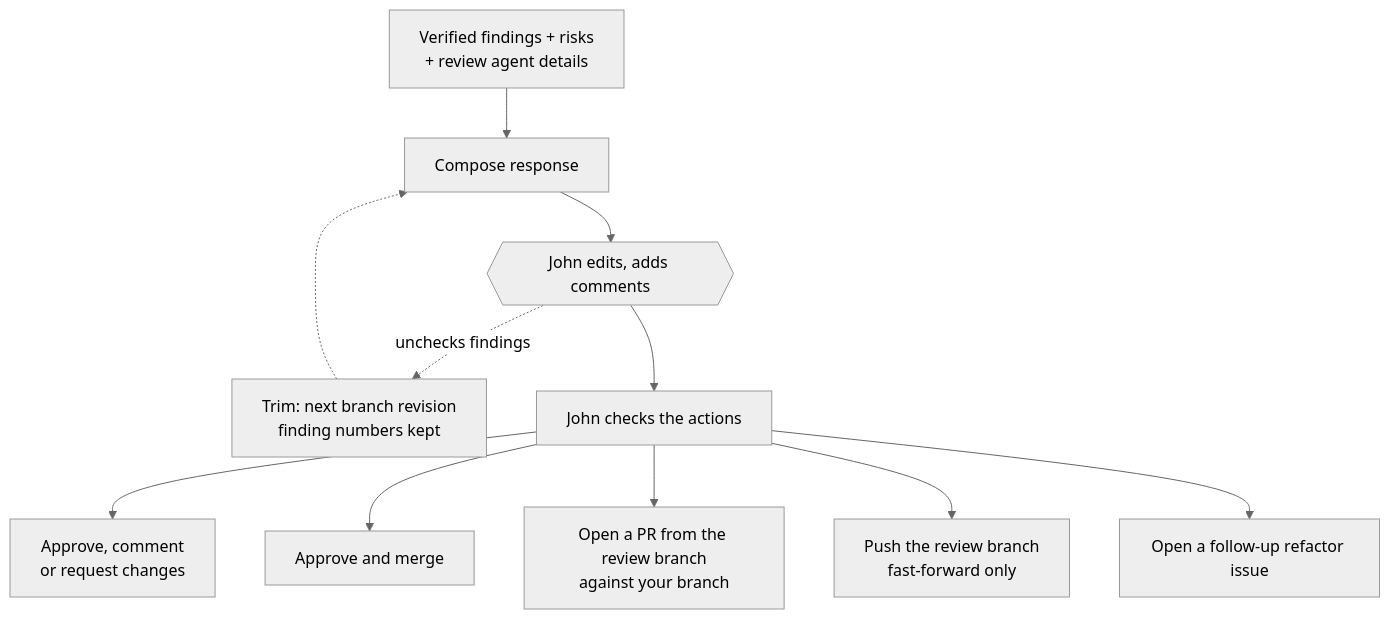
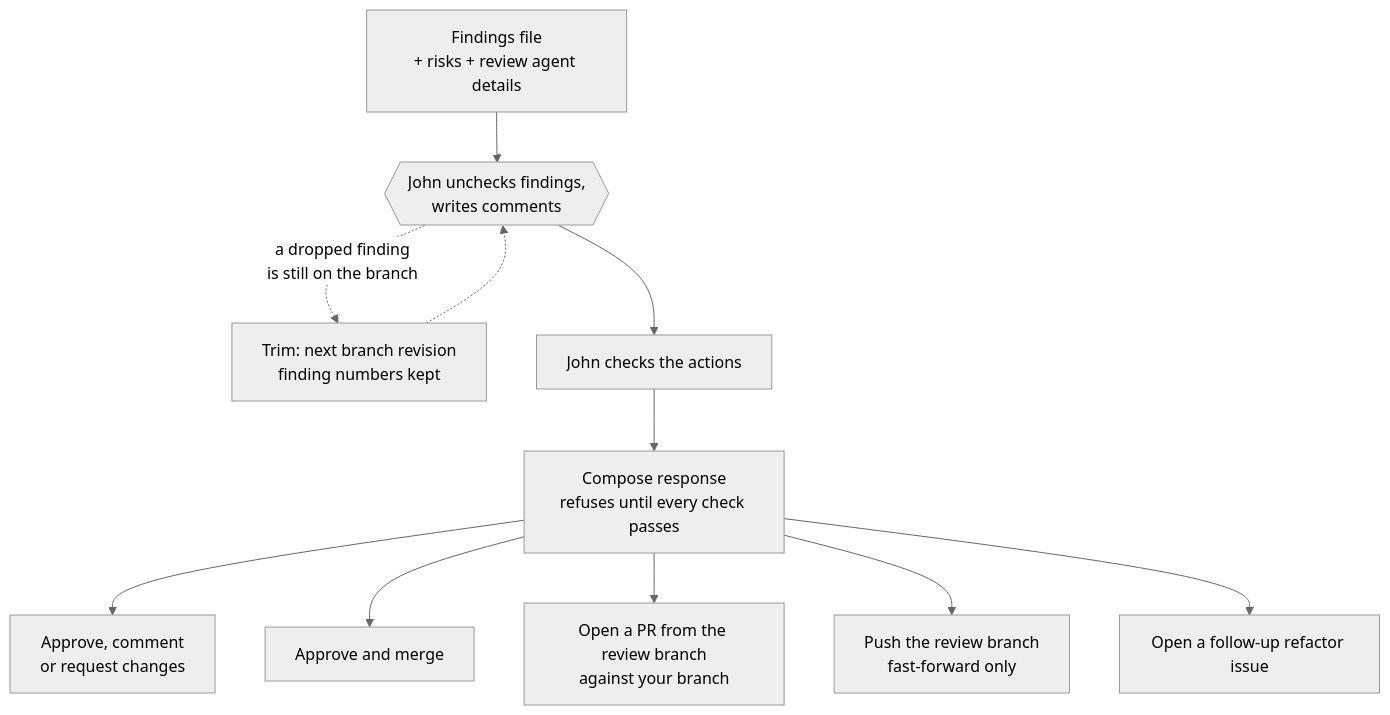
One commit to jmchilton/galaxy-brain changed the fourth of 4 diagrams in vault/agents/factory/REVIEW_FACTORY.md. Above: the diagram before and after it, drawn with Mermaid (neutral theme). The commit also changed other lines of this file and 26 other files, not shown here.

First line of the commit message:
Review structure Phase 4: new review rounds write findings YAML

````diff
--- a/vault/agents/factory/REVIEW_FACTORY.md
+++ b/vault/agents/factory/REVIEW_FACTORY.md
@@ -90,13 +92,13 @@
 ```mermaid
 flowchart TD
-  In["Verified findings + risks<br/>+ review agent details"] --> C["Compose response"]
-  C --> J{{"John edits, adds comments"}}
-  J -.->|"unchecks findings"| T["Trim: next branch revision<br/>finding numbers kept"]
-  T -.-> C
+  In["Findings file<br/>+ risks + review agent details"] --> J{{"John unchecks findings,<br/>writes comments"}}
+  J -.->|"a dropped finding<br/>is still on the branch"| T["Trim: next branch revision<br/>finding numbers kept"]
+  T -.-> J
   J --> A["John checks the actions"]
-  A --> Rv["Approve, comment<br/>or request changes"]
-  A --> M["Approve and merge"]
-  A --> BP["Open a PR from the review branch<br/>against your branch"]
-  A --> Pu["Push the review branch<br/>fast-forward only"]
-  A --> Is["Open a follow-up refactor issue"]
+  A --> C["Compose response<br/>refuses until every check passes"]
+  C --> Rv["Approve, comment<br/>or request changes"]
+  C --> M["Approve and merge"]
+  C --> BP["Open a PR from the review branch<br/>against your branch"]
+  C --> Pu["Push the review branch<br/>fast-forward only"]
+  C --> Is["Open a follow-up refactor issue"]
 ```
````
